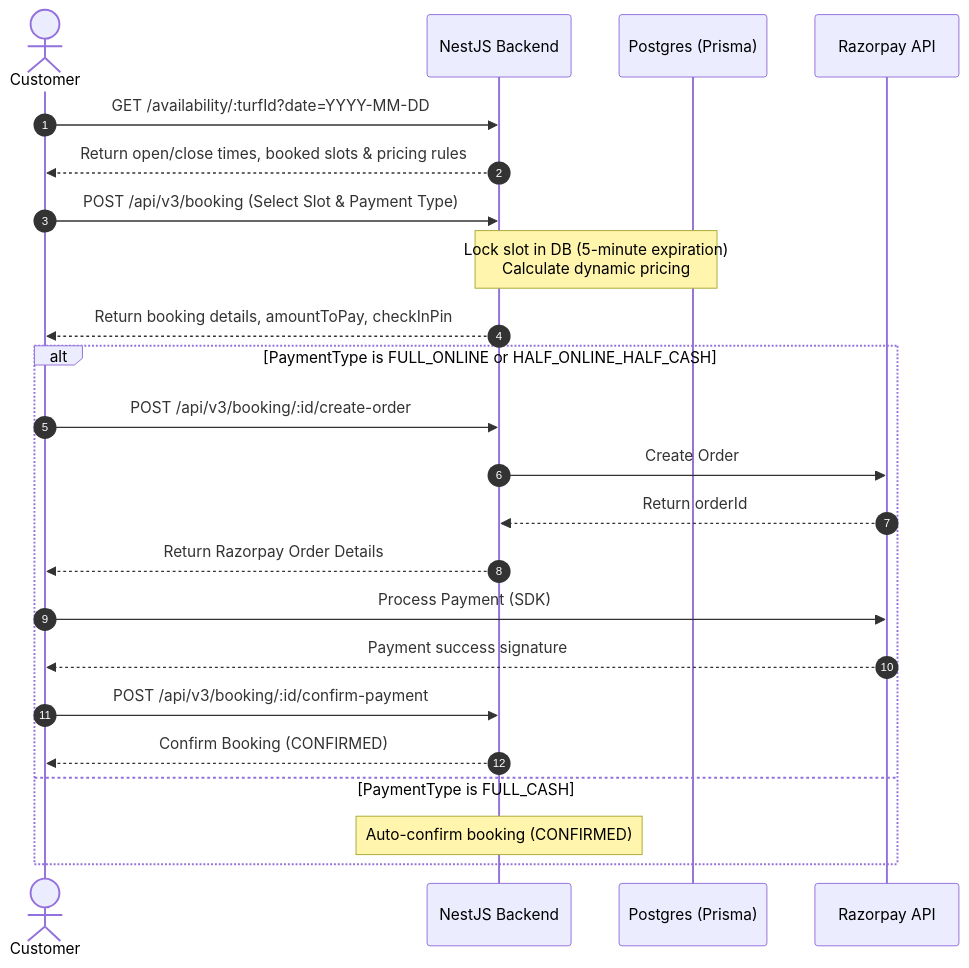
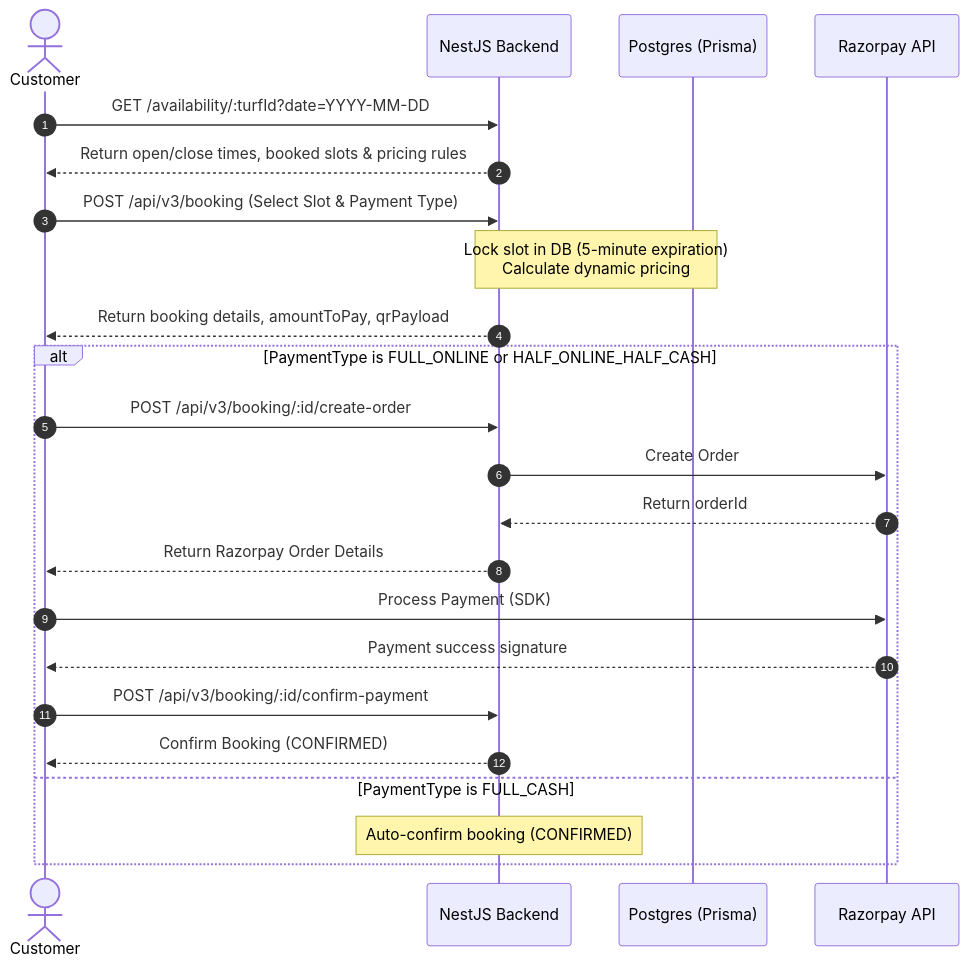
The third of 6 diagrams in docs/software_design/app_flow_documentation.md (SevenX-Labs/Turfsy-Server), drawn with Mermaid before and after one commit. The commit also changed other lines of this file and 10 other files, not shown here.

Commit message:
refactor: replace PIN-based check-in with HMAC-signed QR codes, update system architecture to include background worker queues, and refine booking design documentation.

````diff
--- a/docs/software_design/app_flow_documentation.md
+++ b/docs/software_design/app_flow_documentation.md
@@ -74,27 +74,27 @@
 ```mermaid
 sequenceDiagram
     autonumber
     actor User as Customer
     participant Server as NestJS Backend
     participant DB as Postgres (Prisma)
     participant RP as Razorpay API
 
     User->>Server: GET /availability/:turfId?date=YYYY-MM-DD
     Server-->>User: Return open/close times, booked slots & pricing rules
     User->>Server: POST /api/v3/booking (Select Slot & Payment Type)
     Note over Server,DB: Lock slot in DB (5-minute expiration)<br/>Calculate dynamic pricing
-    Server-->>User: Return booking details, amountToPay, checkInPin
+    Server-->>User: Return booking details, amountToPay, qrPayload
     
     alt PaymentType is FULL_ONLINE or HALF_ONLINE_HALF_CASH
         User->>Server: POST /api/v3/booking/:id/create-order
         Server->>RP: Create Order
         RP-->>Server: Return orderId
         Server-->>User: Return Razorpay Order Details
         User->>RP: Process Payment (SDK)
         RP-->>User: Payment success signature
         User->>Server: POST /api/v3/booking/:id/confirm-payment
         Server-->>User: Confirm Booking (CONFIRMED)
     else PaymentType is FULL_CASH
         Note over Server: Auto-confirm booking (CONFIRMED)
     end
 ```
````
